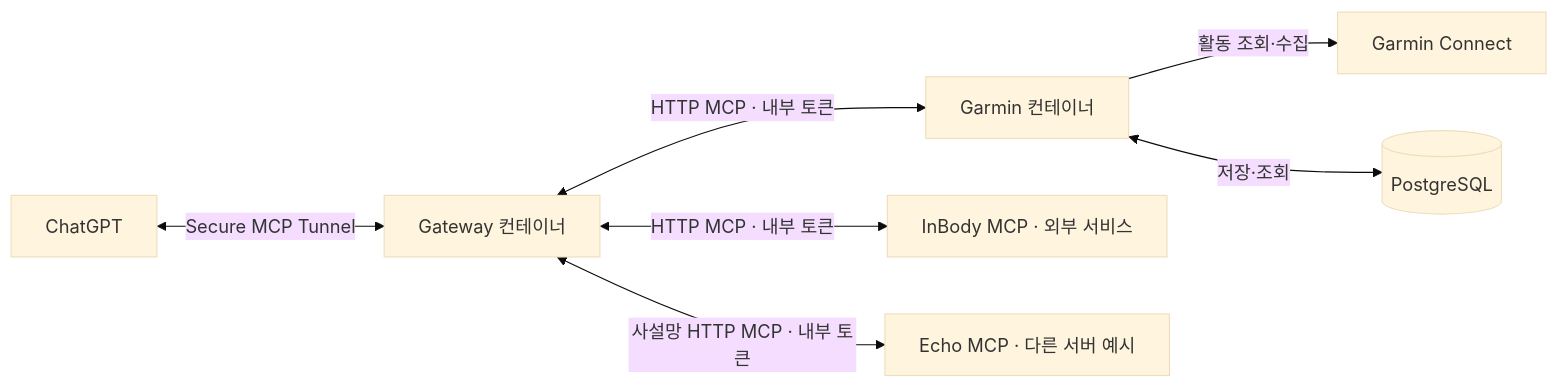
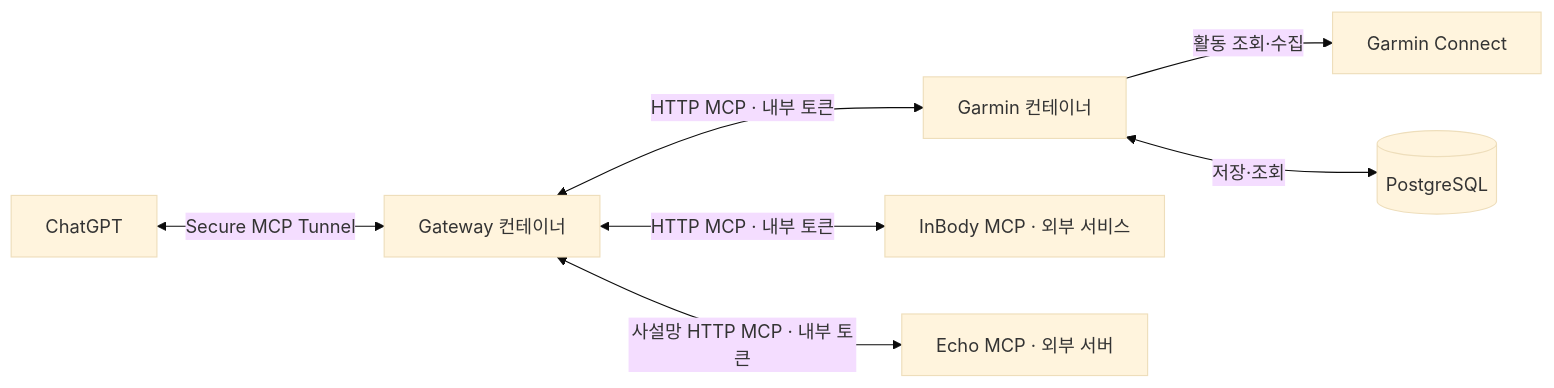
Before and after one commit to disturb8264/garmin-mcp-bridge: the diagram in docs/01-architecture.md, drawn with Mermaid (base theme). The commit also changed other lines of this file, not shown here.

Commit message:
Clarify Echo upstream deployment in architecture

````diff
--- a/docs/01-architecture.md
+++ b/docs/01-architecture.md
@@ -5,9 +5,9 @@
 ```mermaid
 flowchart LR
     ChatGPT[ChatGPT] <-->|Secure MCP Tunnel| Gateway[Gateway 컨테이너]
     Gateway <-->|HTTP MCP · 내부 토큰| Garmin[Garmin 컨테이너]
     Gateway <-->|HTTP MCP · 내부 토큰| InBody[InBody MCP · 외부 서비스]
-    Gateway <-->|사설망 HTTP MCP · 내부 토큰| Echo[Echo MCP · 다른 서버 예시]
+    Gateway <-->|사설망 HTTP MCP · 내부 토큰| Echo[Echo MCP · 외부 서버]
     Garmin -->|활동 조회·수집| GarminConnect[Garmin Connect]
     Garmin <-->|저장·조회| DB[(PostgreSQL)]
 ```
````
